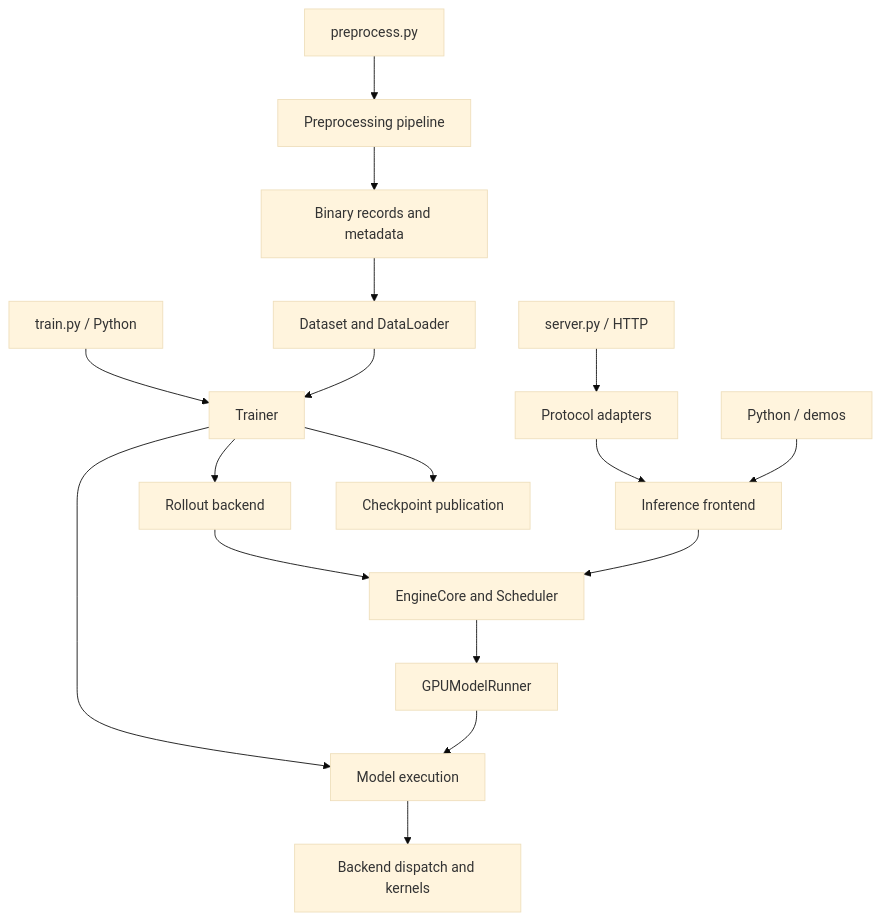
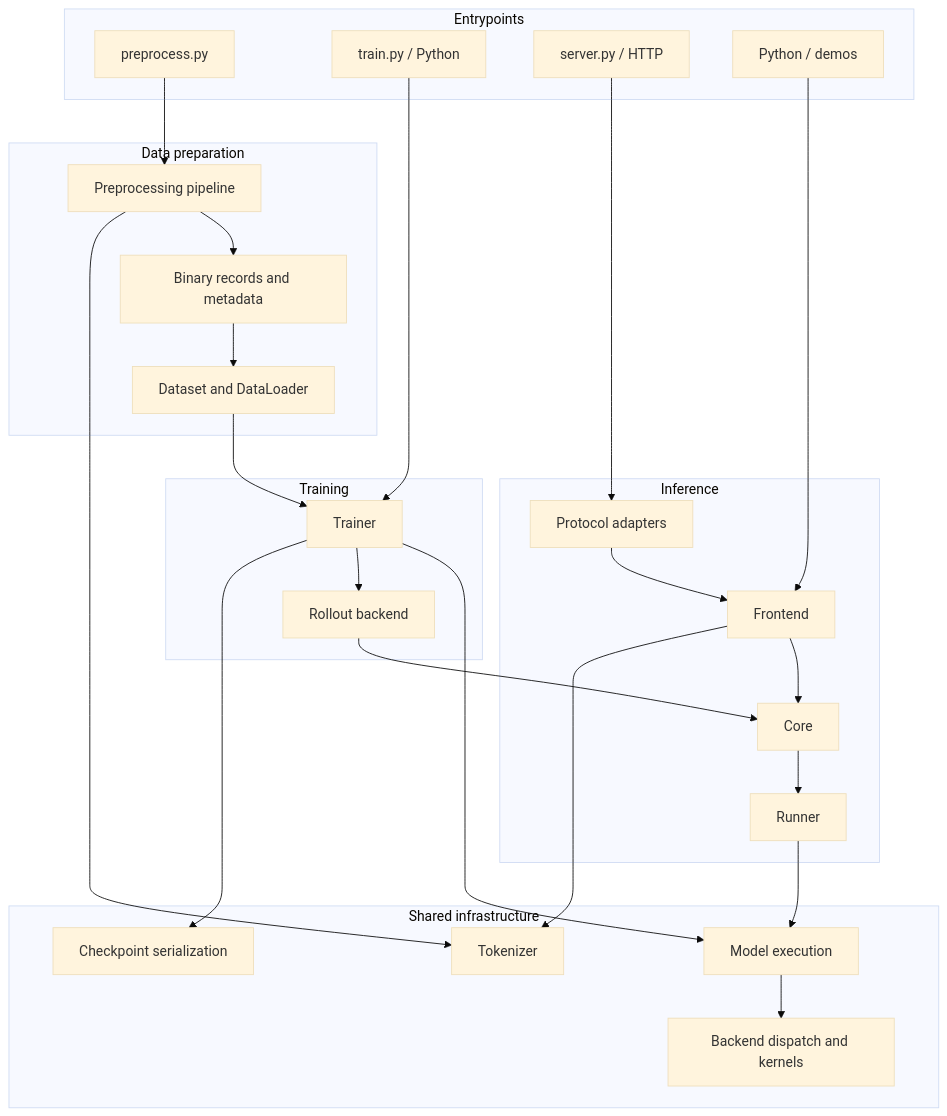
The first of 4 diagrams in docs/developer/architecture.md (ViperEkura/AstrAI), drawn with Mermaid (base theme) before and after one commit. The commit also changed other lines of this file and 17 other files, not shown here.

First line of the commit message:
docs: align architecture and runtime contracts

````diff
--- a/docs/developer/architecture.md
+++ b/docs/developer/architecture.md
@@ -13,19 +13,49 @@
 ```mermaid
 flowchart TB
-    Prep["preprocess.py"] --> Pipeline["Preprocessing pipeline"]
-    Pipeline --> Data["Binary records and metadata"]
-    TrainCLI["train.py / Python"] --> Trainer["Trainer"]
-    Data --> Loader["Dataset and DataLoader"]
+    subgraph Entrypoints["Entrypoints"]
+        Prep["preprocess.py"]
+        TrainCLI["train.py / Python"]
+        HTTP["server.py / HTTP"]
+        Python["Python / demos"]
+    end
+    subgraph DataPreparation["Data preparation"]
+        Pipeline["Preprocessing pipeline"]
+        Data["Binary records and metadata"]
+        Loader["Dataset and DataLoader"]
+    end
+    subgraph Training["Training"]
+        Trainer["Trainer"]
+        Rollout["Rollout backend"]
+    end
+    subgraph Inference["Inference"]
+        Protocol["Protocol adapters"]
+        Frontend["Frontend"]
+        Core["Core"]
+        Runner["Runner"]
+    end
+    subgraph Shared["Shared infrastructure"]
+        Model["Model execution"]
+        Tokenizer["Tokenizer"]
+        Extension["Backend dispatch and kernels"]
+        Checkpoint["Checkpoint serialization"]
+    end
+
+    Prep --> Pipeline
+    Pipeline --> Data
+    TrainCLI --> Trainer
+    Data --> Loader
     Loader --> Trainer
-    HTTP["server.py / HTTP"] --> Protocol["Protocol adapters"]
-    Python["Python / demos"] --> Frontend["Inference frontend"]
+    HTTP --> Protocol
+    Python --> Frontend
     Protocol --> Frontend
-    Frontend --> Core["EngineCore and Scheduler"]
-    Core --> Worker["GPUModelRunner"]
-    Trainer --> Model["Model execution"]
-    Worker --> Model
-    Trainer --> Rollout["Rollout backend"]
+    Frontend --> Core
+    Core --> Runner
+    Trainer --> Model
+    Runner --> Model
+    Trainer --> Rollout
     Rollout --> Core
-    Model --> Extension["Backend dispatch and kernels"]
-    Trainer --> Checkpoint["Checkpoint publication"]
+    Pipeline --> Tokenizer
+    Frontend --> Tokenizer
+    Model --> Extension
+    Trainer --> Checkpoint
 ```
````
